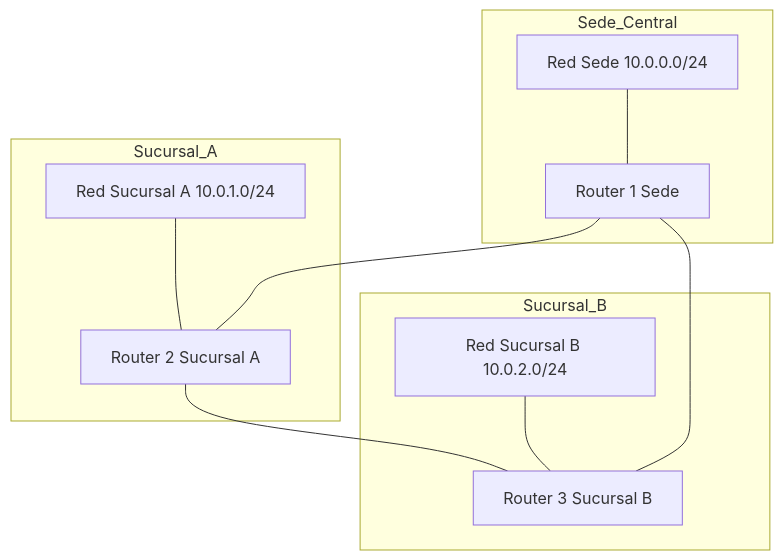
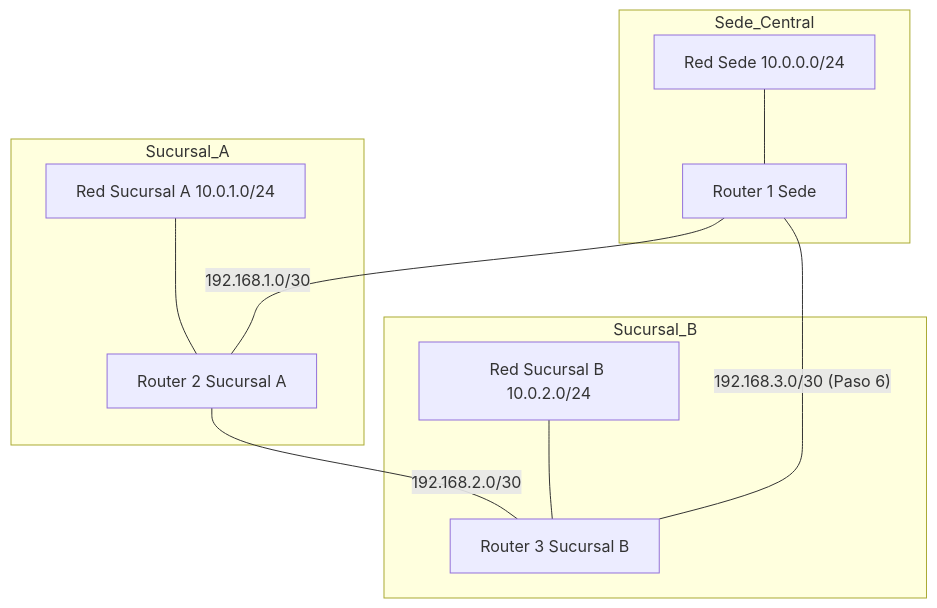
One commit to asideloko/Networking-Lab changed the diagram in docs/labs/lab-06/index.md. Above: the diagram before and after it, drawn with Mermaid. The commit also changed other lines of this file and 18 other files, not shown here.

````diff
--- a/docs/labs/lab-06/index.md
+++ b/docs/labs/lab-06/index.md
@@ -37,21 +37,21 @@
 ```mermaid
 graph TB
     subgraph Sede_Central
         R1[Router 1 Sede]
         LAN1[Red Sede 10.0.0.0/24]
     end
     subgraph Sucursal_A
         R2[Router 2 Sucursal A]
         LAN2[Red Sucursal A 10.0.1.0/24]
     end
     subgraph Sucursal_B
         R3[Router 3 Sucursal B]
         LAN3[Red Sucursal B 10.0.2.0/24]
     end
-    R1 --- R2
-    R2 --- R3
+    R1 ---|"192.168.1.0/30"| R2
+    R2 ---|"192.168.2.0/30"| R3
     LAN1 --- R1
-    R1 --- R3
+    R1 ---|"192.168.3.0/30 (Paso 6)"| R3
     LAN2 --- R2
     LAN3 --- R3
 ```
````
